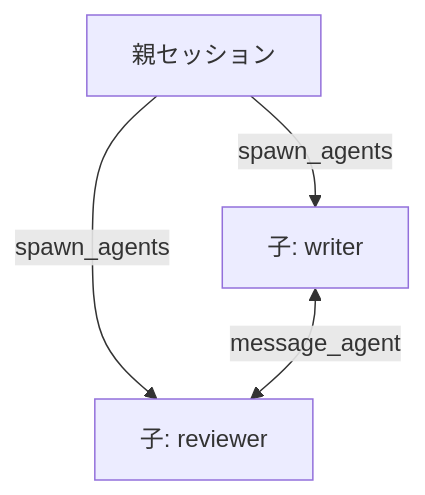
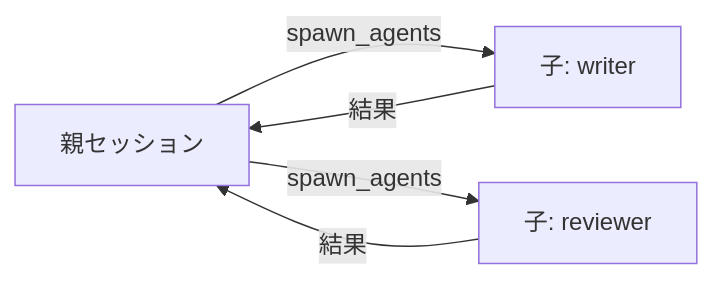
One commit to kurowashi/pi-spawn changed the first of 2 diagrams in README.md. Above: the diagram before and after it, drawn with Mermaid. The commit also changed other lines of this file and 4 other files, not shown here.

````diff
--- a/README.md
+++ b/README.md
@@ -9,6 +11,7 @@
 ```mermaid
-flowchart TB
+flowchart LR
   P[親セッション] -- spawn_agents --> W[子: writer]
   P -- spawn_agents --> R[子: reviewer]
-  W <-- message_agent --> R
+  W -- 結果 --> P
+  R -- 結果 --> P
 ```
````
